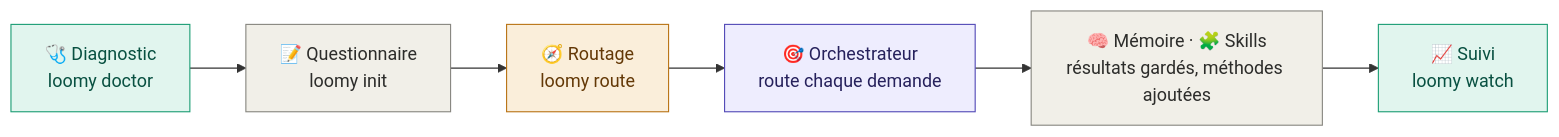
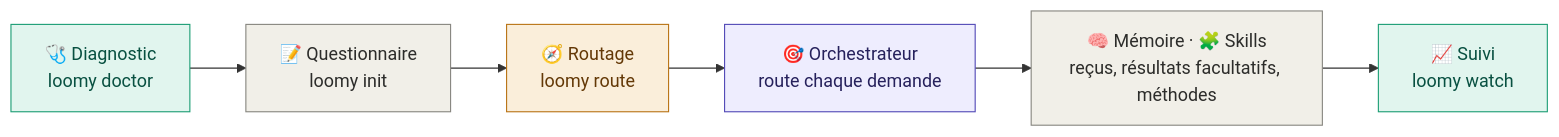
The first of 2 diagrams in README.fr.md (Eydenn/loomy), drawn with Mermaid before and after one commit. The commit also changed other lines of this file and 10 other files, not shown here.

````diff
--- a/README.fr.md
+++ b/README.fr.md
@@ -177,12 +177,12 @@
 ```mermaid
 flowchart LR
   A["🩺 Diagnostic<br/>loomy doctor"]:::check --> B["📝 Questionnaire<br/>loomy init"]:::step
   B --> C["🧭 Routage<br/>loomy route"]:::route
   C --> D["🎯 Orchestrateur<br/>route chaque demande"]:::lead
-  D --> E["🧠 Mémoire · 🧩 Skills<br/>résultats gardés, méthodes ajoutées"]:::step
+  D --> E["🧠 Mémoire · 🧩 Skills<br/>reçus, résultats facultatifs, méthodes"]:::step
   E --> F["📈 Suivi<br/>loomy watch"]:::check
   classDef step fill:#F1EFE8,stroke:#888780,color:#2C2C2A
   classDef check fill:#E1F5EE,stroke:#1D9E75,color:#085041
   classDef route fill:#FAEEDA,stroke:#BA7517,color:#633806
   classDef lead fill:#EEEDFE,stroke:#534AB7,color:#26215C
 ```
````
